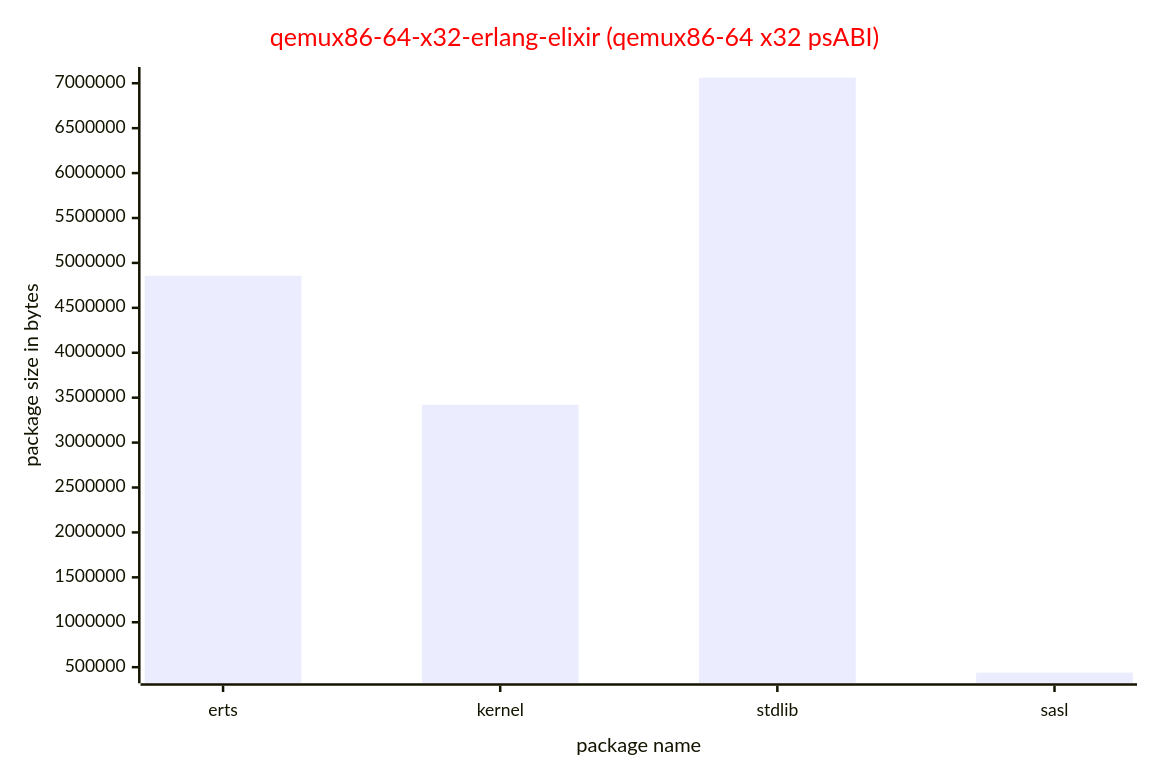
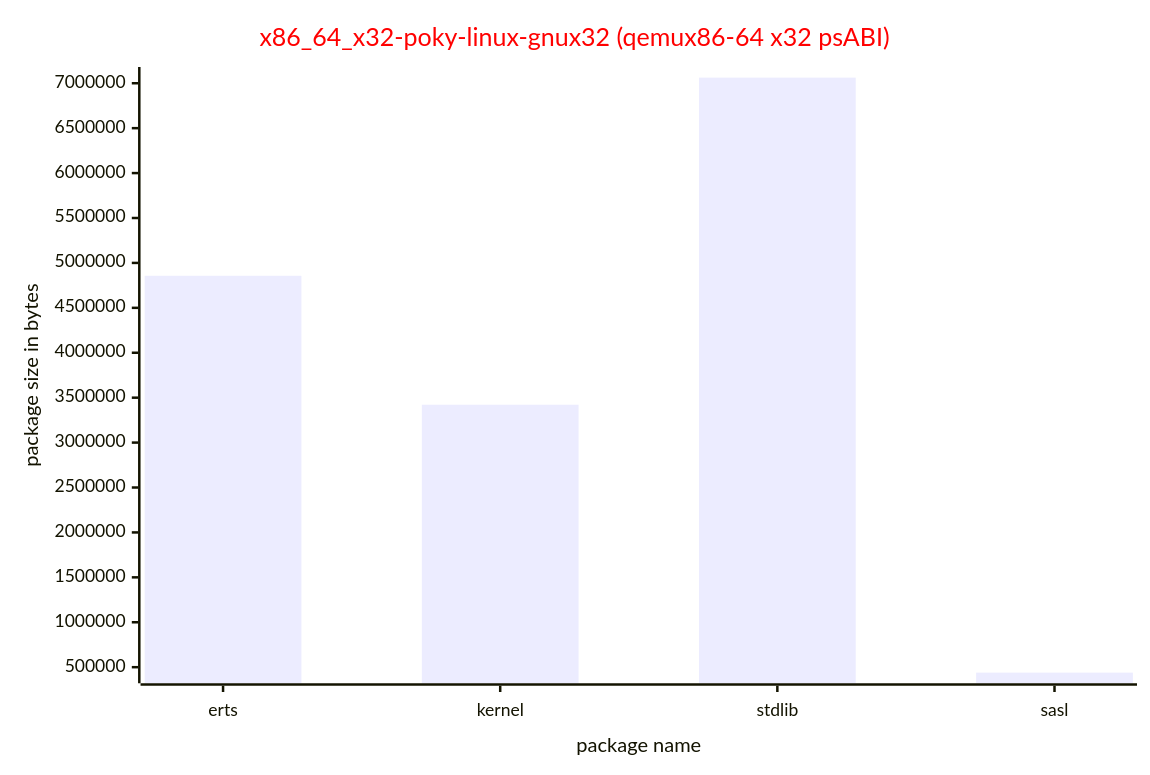
Before and after one commit to meta-erlang/meta-erlang.github.io: the third of 5 diagrams in blog/2024-10-06/index.md, drawn with Mermaid. The commit also changed other lines of this file, not shown here.

Commit message:
Fix x32 names

````diff
--- a/blog/2024-10-06/index.md
+++ b/blog/2024-10-06/index.md
@@ -329,16 +329,16 @@
 ```mermaid
 ---
 config:
     xyChart:
         width: 900
         height: 600
     themeVariables:
         xyChart:
             titleColor: "#ff0000"
 ---
 xychart-beta
-    title "qemux86-64-x32-erlang-elixir (qemux86-64 x32 psABI)"
+    title "x86_64_x32-poky-linux-gnux32 (qemux86-64 x32 psABI)"
     x-axis "package name" [erts, kernel, stdlib, sasl]
     y-axis "package size in bytes"
     bar [4856803, 3421584, 7062547, 439445]
 ```
````
